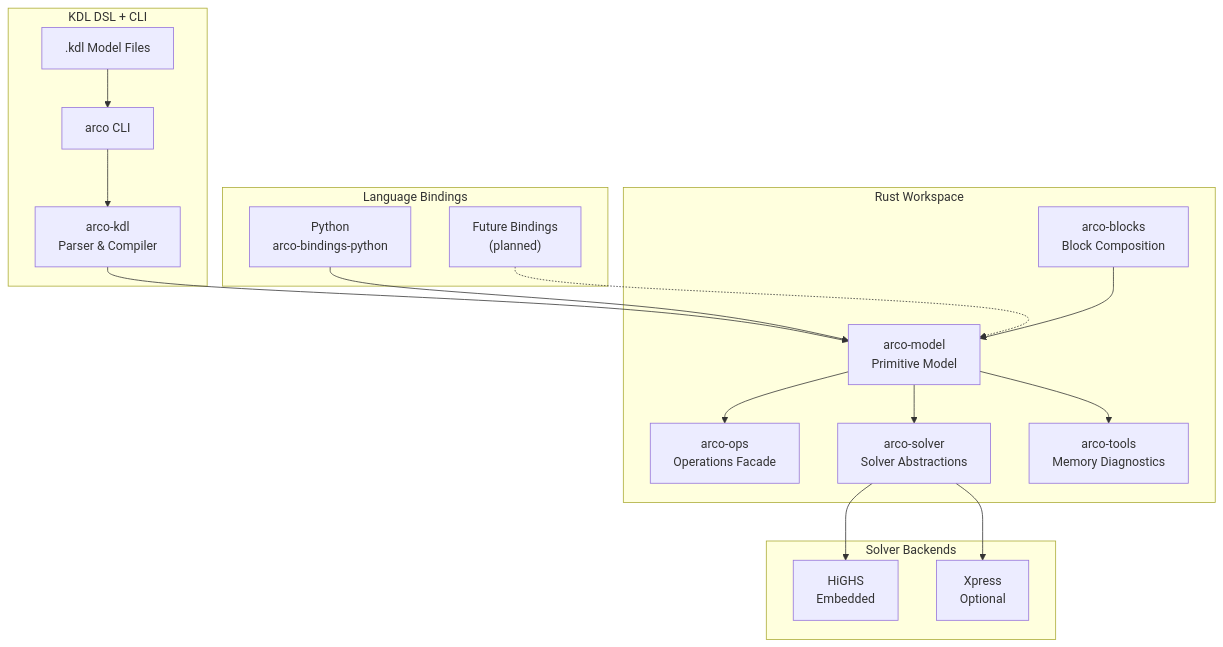
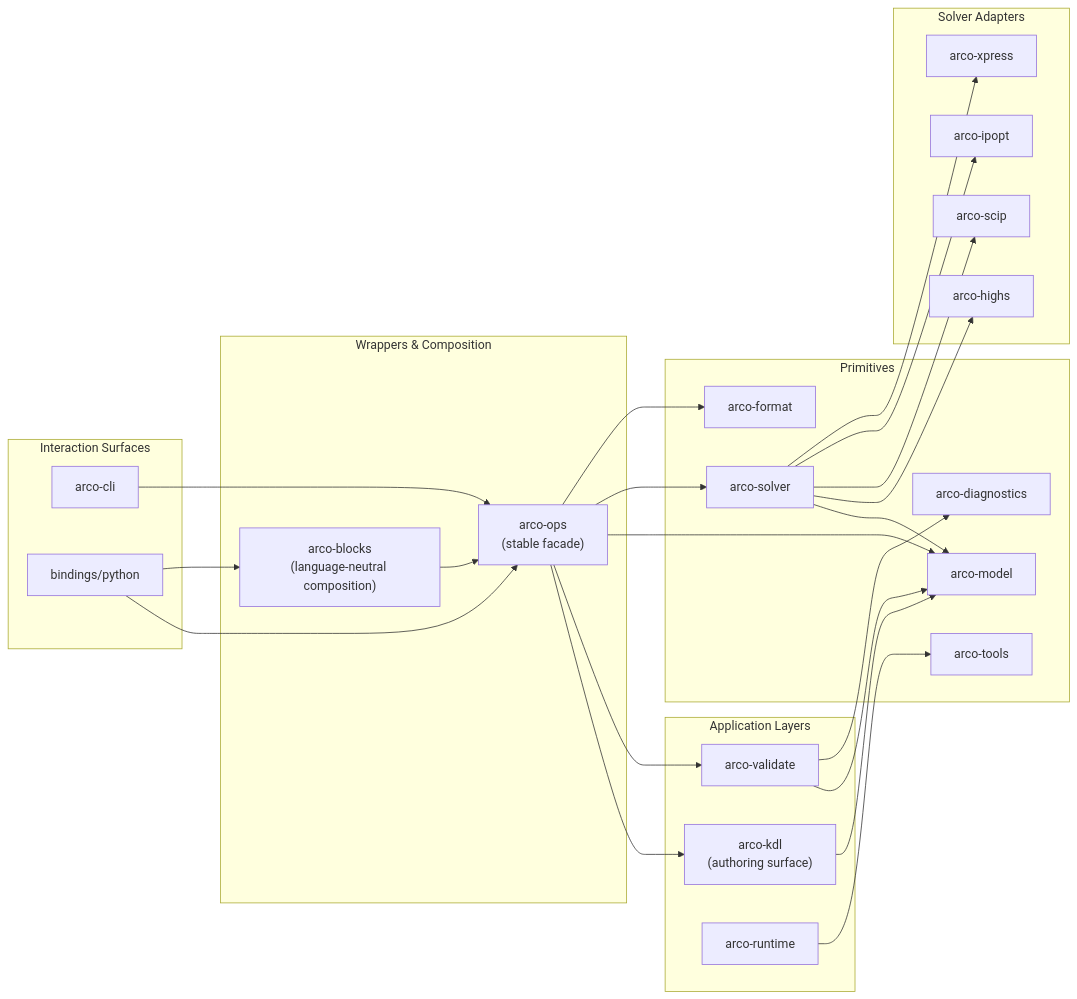
Before and after one commit to NatLabRockies/arco: the diagram in README.md, drawn with Mermaid. The commit also changed other lines of this file and 1 other file, not shown here.

Commit message:
docs: refresh README architecture and expand developer guide

````diff
--- a/README.md
+++ b/README.md
@@ -470,38 +469,55 @@
 ```mermaid
-graph TB
-    subgraph DSL["KDL DSL + CLI"]
-        A[".kdl Model Files"]
-        B["arco CLI"]
-        C[arco-kdl<br/>Parser & Compiler]
+graph LR
+    subgraph Surfaces["Interaction Surfaces"]
+        CLI["arco-cli"]
+        PY["bindings/python"]
     end
 
-    subgraph Bindings["Language Bindings"]
-        D[Python<br/>arco-bindings-python]
-        E["Future Bindings<br/>(planned)"]
+    subgraph Wrappers["Wrappers & Composition"]
+        OPS["arco-ops\n(stable facade)"]
+        BLOCKS["arco-blocks\n(language-neutral composition)"]
     end
 
-    subgraph Core["Rust Workspace"]
-        F[arco-model<br/>Primitive Model]
-        G[arco-ops<br/>Operations Facade]
-        H[arco-solver<br/>Solver Abstractions]
-        I[arco-blocks<br/>Block Composition]
-        J[arco-tools<br/>Memory Diagnostics]
+    subgraph App["Application Layers"]
+        KDL["arco-kdl\n(authoring surface)"]
+        VALIDATE["arco-validate"]
+        RUNTIME["arco-runtime"]
     end
 
-    subgraph Solvers["Solver Backends"]
-        K[HiGHS<br/>Embedded]
-        L[Xpress<br/>Optional]
+    subgraph Primitives["Primitives"]
+        MODEL["arco-model"]
+        SOLVER["arco-solver"]
+        FORMAT["arco-format"]
+        DIAG["arco-diagnostics"]
+        TOOLS["arco-tools"]
     end
 
-    A --> B
-    B --> C
-    C --> F
-    D --> F
-    E -.-> F
-    F --> G
-    F --> J
-    H --> K
-    H --> L
-    F --> H
-    I --> F
+    subgraph Adapters["Solver Adapters"]
+        HIGHS["arco-highs"]
+        SCIP["arco-scip"]
+        IPOPT["arco-ipopt"]
+        XPRESS["arco-xpress"]
+    end
+
+    CLI --> OPS
+    PY --> OPS
+    PY --> BLOCKS
+    BLOCKS --> OPS
+
+    OPS --> KDL
+    OPS --> VALIDATE
+    OPS --> MODEL
+    OPS --> SOLVER
+    OPS --> FORMAT
+
+    KDL --> MODEL
+    VALIDATE --> MODEL
+    VALIDATE --> DIAG
+    RUNTIME --> TOOLS
+
+    SOLVER --> MODEL
+    SOLVER --> HIGHS
+    SOLVER --> SCIP
+    SOLVER --> IPOPT
+    SOLVER --> XPRESS
 ```
````
